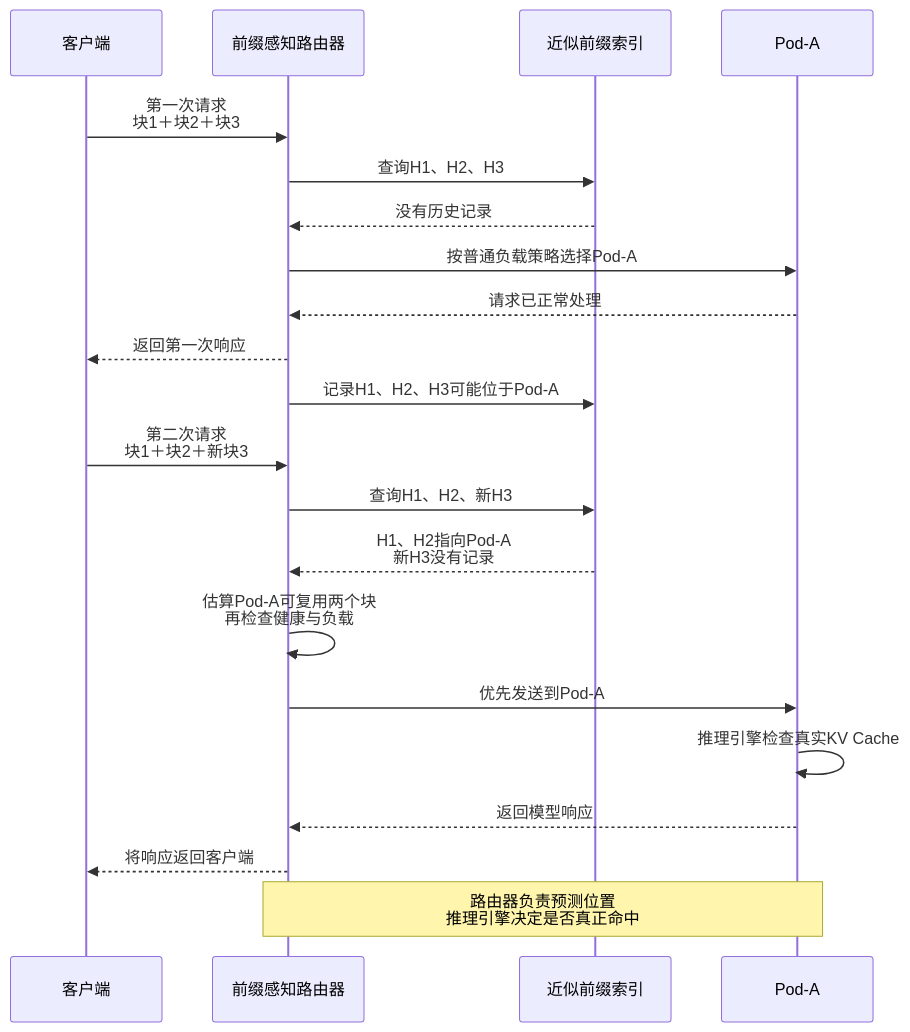
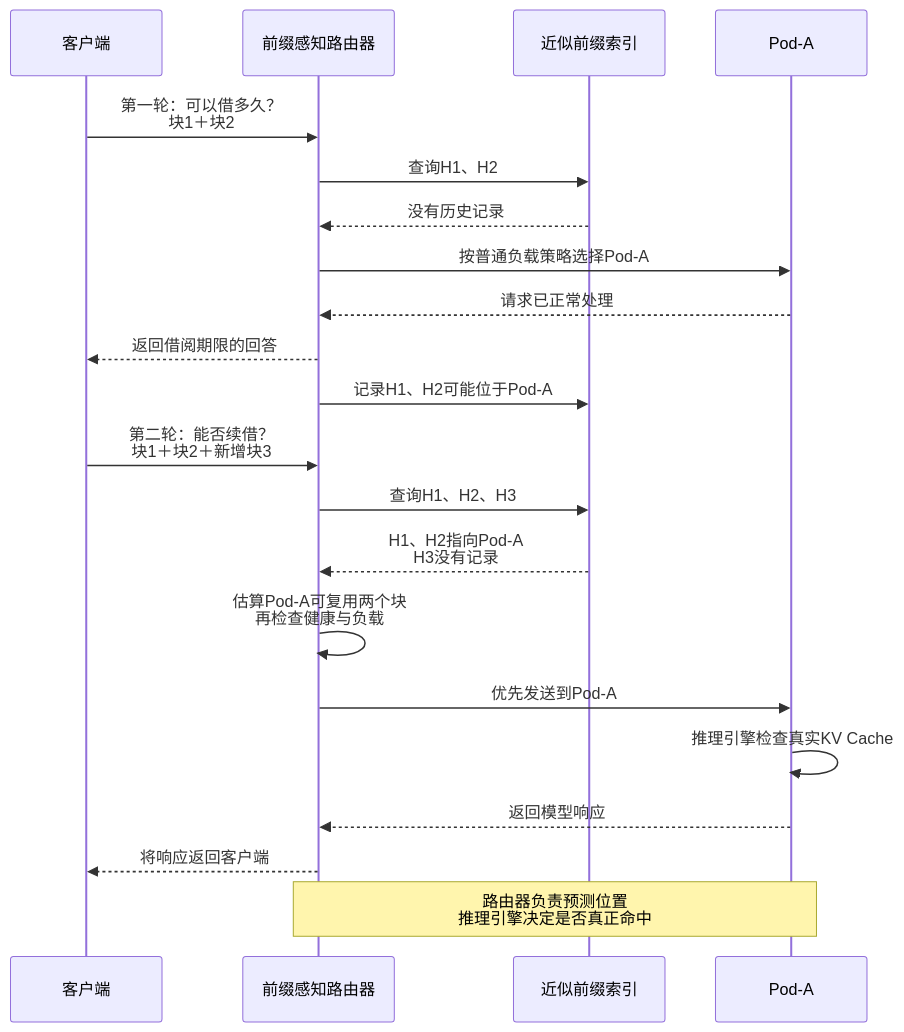
Before and after one commit to gqcn/johns-blog: the ninth of 23 diagrams in docs/docs/1000-AI技术/600-推理服务/5000-大模型推理服务会话保持与KVCache感知路由技术详解.md, drawn with Mermaid. The commit also changed other lines of this file and 10 other files, not shown here.

````diff
--- a/docs/docs/1000-AI技术/600-推理服务/5000-大模型推理服务会话保持与KVCache感知路由技术详解.md
+++ b/docs/docs/1000-AI技术/600-推理服务/5000-大模型推理服务会话保持与KVCache感知路由技术详解.md
@@ -398,26 +442,26 @@
 ```mermaid
 sequenceDiagram
     participant C as 客户端
     participant R as 前缀感知路由器
     participant I as 近似前缀索引
     participant A as Pod-A
 
-    C->>R: 第一次请求<br/>块1＋块2＋块3
-    R->>I: 查询H1、H2、H3
+    C->>R: 第一轮：可以借多久？<br/>块1＋块2
+    R->>I: 查询H1、H2
     I-->>R: 没有历史记录
     R->>A: 按普通负载策略选择Pod-A
     A-->>R: 请求已正常处理
-    R-->>C: 返回第一次响应
-    R->>I: 记录H1、H2、H3可能位于Pod-A
+    R-->>C: 返回借阅期限的回答
+    R->>I: 记录H1、H2可能位于Pod-A
 
-    C->>R: 第二次请求<br/>块1＋块2＋新块3
-    R->>I: 查询H1、H2、新H3
-    I-->>R: H1、H2指向Pod-A<br/>新H3没有记录
+    C->>R: 第二轮：能否续借？<br/>块1＋块2＋新增块3
+    R->>I: 查询H1、H2、H3
+    I-->>R: H1、H2指向Pod-A<br/>H3没有记录
     R->>R: 估算Pod-A可复用两个块<br/>再检查健康与负载
     R->>A: 优先发送到Pod-A
     A->>A: 推理引擎检查真实KV Cache
     A-->>R: 返回模型响应
     R-->>C: 将响应返回客户端
 
     Note over R,A: 路由器负责预测位置<br/>推理引擎决定是否真正命中
 ```
````
